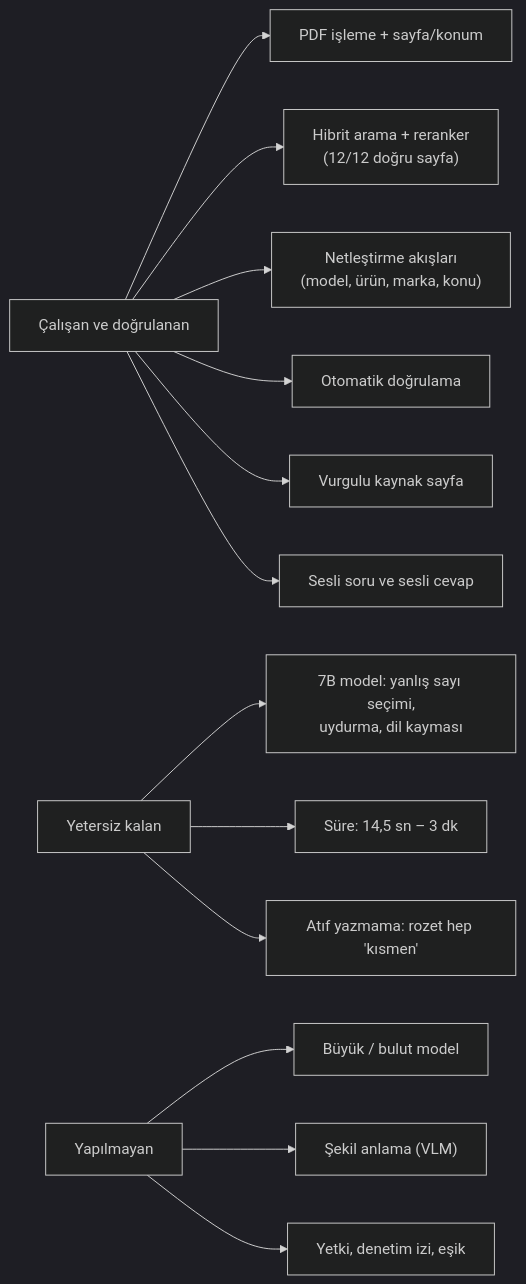
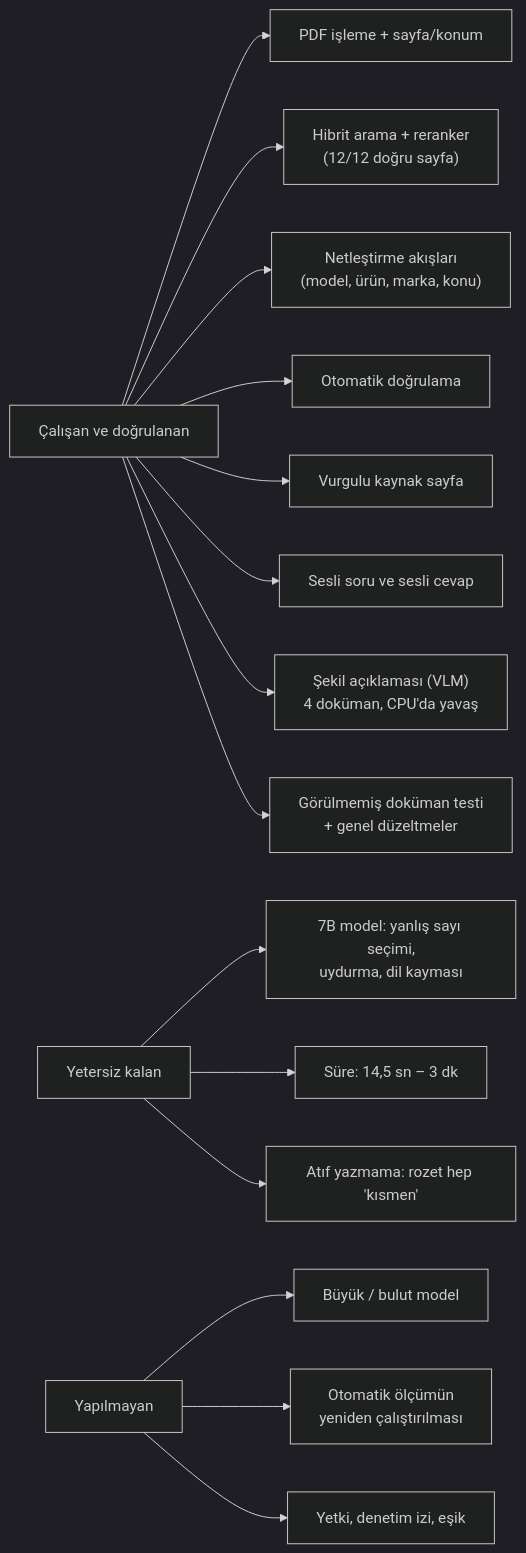
The first of 2 diagrams in PILOT-RAPORU.md (zelihaguven/visual_agent), drawn with Mermaid (dark theme) before and after one commit. The commit also changed other lines of this file and 3 other files, not shown here.

````diff
--- a/PILOT-RAPORU.md
+++ b/PILOT-RAPORU.md
@@ -36,15 +38,17 @@
 ```mermaid
 flowchart LR
     A["Çalışan ve doğrulanan"] --> A1["PDF işleme + sayfa/konum"]
     A --> A2["Hibrit arama + reranker<br/>(12/12 doğru sayfa)"]
     A --> A3["Netleştirme akışları<br/>(model, ürün, marka, konu)"]
     A --> A4["Otomatik doğrulama"]
     A --> A5["Vurgulu kaynak sayfa"]
     A --> A6["Sesli soru ve sesli cevap"]
     B["Yetersiz kalan"] --> B1["7B model: yanlış sayı seçimi,<br/>uydurma, dil kayması"]
     B --> B2["Süre: 14,5 sn – 3 dk"]
     B --> B3["Atıf yazmama: rozet hep 'kısmen'"]
+    A --> A7["Şekil açıklaması (VLM)<br/>4 doküman, CPU'da yavaş"]
+    A --> A8["Görülmemiş doküman testi<br/>+ genel düzeltmeler"]
     C["Yapılmayan"] --> C1["Büyük / bulut model"]
-    C --> C2["Şekil anlama (VLM)"]
+    C --> C2["Otomatik ölçümün<br/>yeniden çalıştırılması"]
     C --> C3["Yetki, denetim izi, eşik"]
 ```
````
